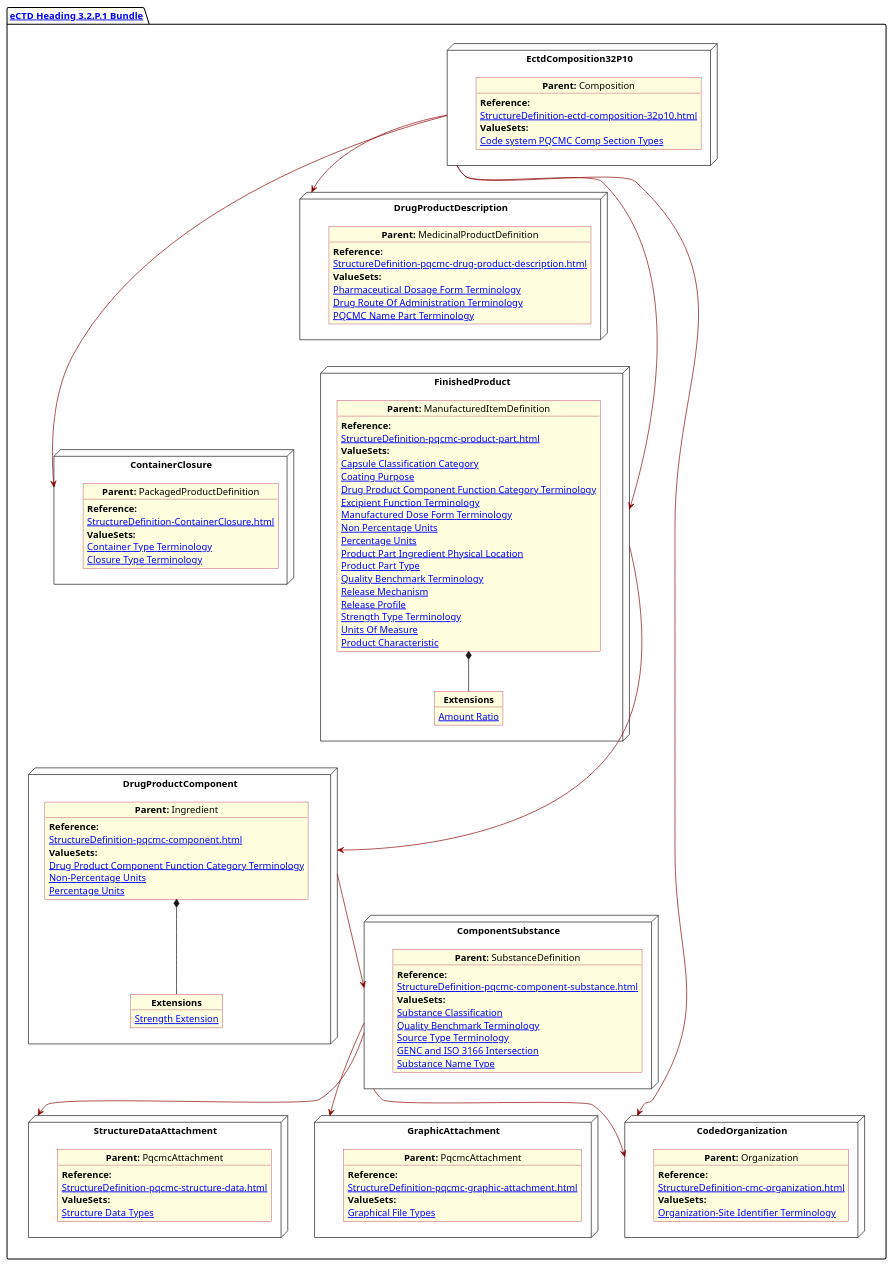
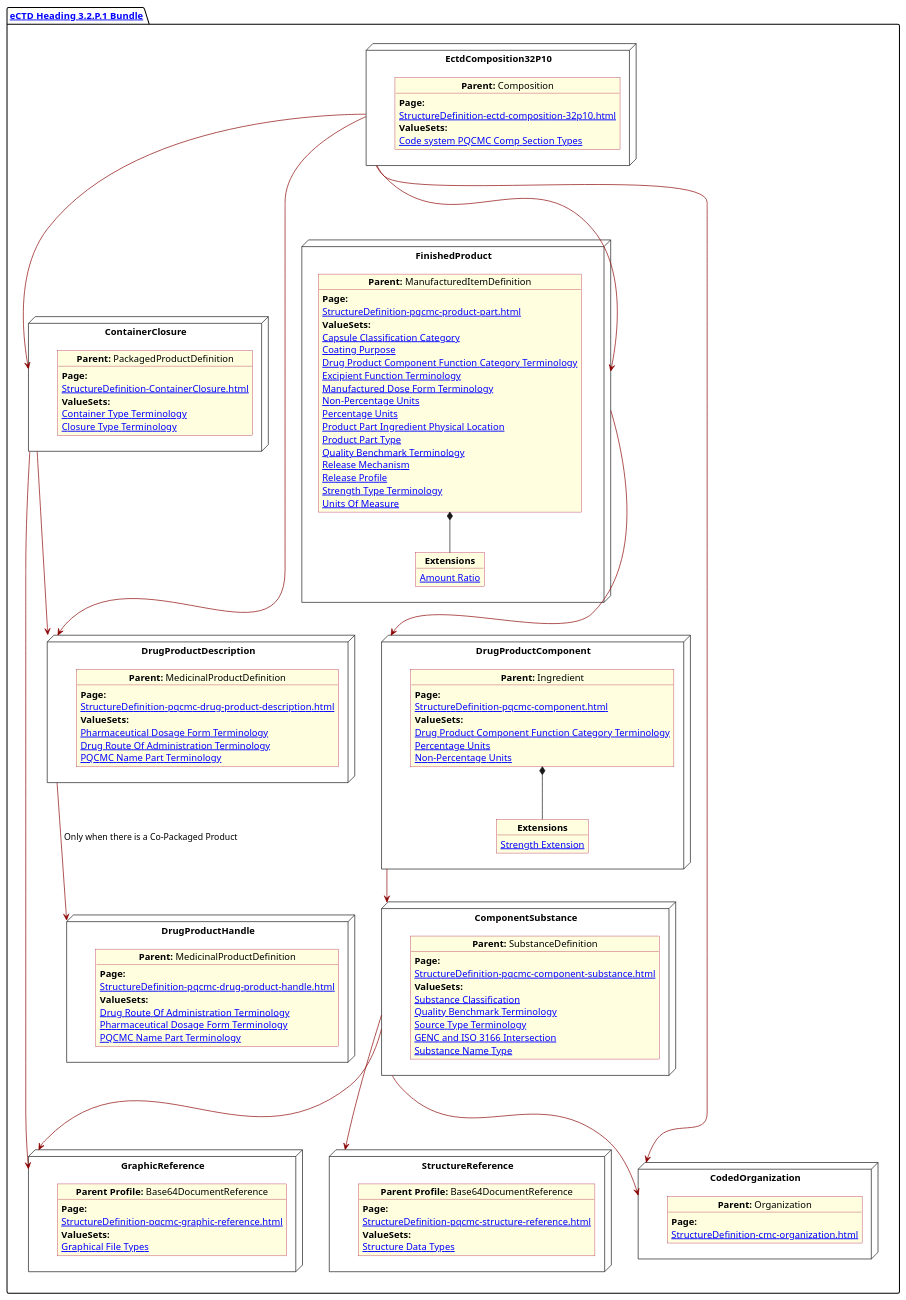
Before and after one commit to HL7/FHIR-us-pq-cmc-fda: the diagram in input/images-source/ProdDesComp.plantuml, drawn with PlantUML. The commit also changed 53 other files, not shown here.

```diff
--- a/input/images-source/ProdDesComp.plantuml
+++ b/input/images-source/ProdDesComp.plantuml
@@ -1,144 +1,155 @@
 @startuml ProdDesComp
 allowmixing
 'Mixed model of use case and object
 skinparam svgDimensionStyle false
 skinparam ObjectBackgroundColor LightYellow
 skinparam ObjectBorderColor #A80036
 skinparam activityDiamondBorderColor #A80036
 skinparam activityDiamondBackgroundColor lawnGreen
 skinparam ClassBorderThickness 4
 
 package "[[StructureDefinition-cmc-ectd-document-32p10.html eCTD Heading 3.2.P.1 Bundle]]" as NODES {
   node "ContainerClosure" as N21 {
 
     object "**Parent:** PackagedProductDefinition" as obj22 {
-      **Reference:**
+      **Page:**
       [[StructureDefinition-ContainerClosure.html]]
       **ValueSets:**
       [[ValueSet-pqcmc-container-type-terminology.html Container Type Terminology]]
       [[ValueSet-pqcmc-closure-type-terminology.html Closure Type Terminology]]
     }
   }
 
   node "DrugProductDescription" as N2 {
 
     object "**Parent:** MedicinalProductDefinition" as obj2 {
-      **Reference:**
+      **Page:**
       [[StructureDefinition-pqcmc-drug-product-description.html]]
       **ValueSets:**
       [[ValueSet-spl-pharmaceutical-dosage-form-terminology.html Pharmaceutical Dosage Form Terminology]]
       [[ValueSet-spl-drug-route-of-administration-terminology.html Drug Route Of Administration Terminology]]
       [[ValueSet-pqcmc-name-part-terminology.html PQCMC Name Part Terminology]]
     }
   }
 
+  node "DrugProductHandle" as N2handle {
+
+    object "**Parent:** MedicinalProductDefinition" as objcross {
+      **Page:**
+      [[StructureDefinition-pqcmc-drug-product-handle.html]]
+      **ValueSets:**
+      [[ValueSet-spl-drug-route-of-administration-terminology.html Drug Route Of Administration Terminology]]
+      [[ValueSet-spl-pharmaceutical-dosage-form-terminology.html Pharmaceutical Dosage Form Terminology]]
+      [[ValueSet-pqcmc-name-part-terminology.html PQCMC Name Part Terminology]]
+    }
+  }
+
   node "FinishedProduct"as MID {
     object "**Parent:** ManufacturedItemDefinition" as objMID {
 
-      **Reference:**
+      **Page:**
       [[StructureDefinition-pqcmc-product-part.html]]
       **ValueSets:**
       [[ValueSet-capsule-classification-category.html Capsule Classification Category]]
       [[ValueSet-pqcmc-coating-purpose.html Coating Purpose]]
       [[ValueSet-pqcmc-drug-product-component-function-category-terminology.html Drug Product Component Function Category Terminology]]
       [[ValueSet-pqcmc-excipient-function-terminology.html Excipient Function Terminology]]
       [[ValueSet-pqcmc-manufactured-dose-form-terminology.html Manufactured Dose Form Terminology]]
-      [[ValueSet-pqcmc-non-percentage-units.html Non Percentage Units]]
+      [[ValueSet-pqcmc-non-percentage-units.html Non-Percentage Units]]   
       [[ValueSet-pqcmc-percentage-units.html Percentage Units]]
       [[ValueSet-pqcmc-product-part-ingredient-physical-location.html Product Part Ingredient Physical Location]]
       [[ValueSet-pqcmc-product-part-type.html Product Part Type]]
       [[ValueSet-pqcmc-quality-benchmark-terminology.html Quality Benchmark Terminology]]
       [[ValueSet-pqcmc-release-mechanism.html Release Mechanism]]
       [[ValueSet-pqcmc-release-profile.html Release Profile]]
       [[ValueSet-pqcmc-strength-type-terminology.html Strength Type Terminology]]
       [[ValueSet-pqcmc-units-of-measure.html Units Of Measure]]
-      [[ValueSet-pqcmc-product-characteristic.html Product Characteristic]]
     }
     object "**Extensions**" as objMIDExs {
       [[StructureDefinition-pq-amount-ratio.html Amount Ratio]]
     }
     objMID *-- objMIDExs
   }
   node "DrugProductComponent" as NN {
 
     object "**Parent:** Ingredient" as obj3 {
-      **Reference:**
+      **Page:**
       [[StructureDefinition-pqcmc-component.html]]
       **ValueSets:**
       [[ValueSet-pqcmc-drug-product-component-function-category-terminology.html Drug Product Component Function Category Terminology]]
-      [[ValueSet-pqcmc-org-identifier-type-terminology.html Non-Percentage Units]]
       [[ValueSet-pqcmc-percentage-units.html Percentage Units]]
+      [[ValueSet-pqcmc-non-percentage-units.html Non-Percentage Units]]   
     }
     object "**Extensions**" as objExs {
       [[StructureDefinition-strength-extension.html Strength Extension]]
     }
     obj3 *-- objExs
   }
 
   node "ComponentSubstance" as NCS {
 
     object "**Parent:** SubstanceDefinition" as objSubDef {
-      **Reference:**
+      **Page:**
       [[StructureDefinition-pqcmc-component-substance.html]]
       **ValueSets:**
       [[ValueSet-substance-classification.html Substance Classification]]
       [[ValueSet-pqcmc-quality-benchmark-terminology.html Quality Benchmark Terminology]]
       [[ValueSet-pqcmc-source-type-terminology.html Source Type Terminology]]
       [[ValueSet-pqcmc-genc-and-iso-intersect.html GENC and ISO 3166 Intersection]]
       [[ValueSet-pqcmc-substance-name-type.html Substance Name Type]]
     }
   }
 
-  node "StructureDataAttachment" as NB642 {
+    node "GraphicReference" as NB64 {
 
-    object "**Parent:** PqcmcAttachment"  as obj642 {
+    object "**Parent Profile:** Base64DocumentReference"  as obj64 {
+      **Page:**
+      [[StructureDefinition-pqcmc-graphic-reference.html]]
+      **ValueSets:**
+      [[ValueSet-pqcmc-graphical-file-types.html Graphical File Types]]
+    }
+  }
 
-      **Reference:**
-      [[StructureDefinition-pqcmc-structure-data.html]]
+  node "StructureReference" as NBstruc {
+
+    object "**Parent Profile:** Base64DocumentReference"  as objb64 {
+      **Page:**
+      [[StructureDefinition-pqcmc-structure-reference.html]]
       **ValueSets:**
       [[ValueSet-pqcmc-structure-data-types.html Structure Data Types]]
     }
-
-  }
-  node "GraphicAttachment" as NB64 {
-
-    object "**Parent:** PqcmcAttachment"  as obj64 {
-
-      **Reference:**
-      [[StructureDefinition-pqcmc-graphic-attachment.html]]
-      **ValueSets:**
-      [[ValueSet-pqcmc-graphical-file-types.html Graphical File Types ]]
-    }
-
   }
   node "CodedOrganization" as NSO {
 
     object "**Parent:** Organization" as objAu {
-      **Reference:**
+      **Page:**
       [[StructureDefinition-cmc-organization.html]]
-      **ValueSets:**
-      [[ValueSet-pqcmc-org-identifier-type-terminology.html Organization-Site Identifier Terminology]]
+      
     }
   }
 
   node "EctdComposition32P10" as N1 {
 
     object "**Parent:** Composition" as obj1 {
-      **Reference:**
+      **Page:**
       [[StructureDefinition-ectd-composition-32p10.html]]
       **ValueSets:**
       [[ValueSet-cmc-comp-section-types-vs.html Code system PQCMC Comp Section Types]]
     }
 
   }
 
-  N1 -[#darkred]-> N2
+  N1 -[#darkred]--> N2
   N1 -[#darkred]--> MID
-  N1 -[#darkred]-> NSO
-  N1 -[#darkred]-->  N21
+  N1 -[#darkred]--> NSO
+  N1 -[#darkred]--> N21
+  N2 -[#darkred]--> N2handle : Only when there is a Co-Packaged Product
+  N21 -[#darkred]--> NB64
+  N21 -[#darkred]--> N2
   MID -[#darkred]--> NN
-  NCS -[#darkred]-> NSO
-  NN -[#darkred]-> NCS
-  NCS -[#darkred]-> NB64
-  NCS -[#darkred]-> NB642
-  @enduml
+  NCS -[#darkred]--> NSO
+  NN -[#darkred]--> NCS
+  NCS -[#darkred]--> NB64
+  NCS -[#darkred]--> NBstruc
+}
+@enduml
```
